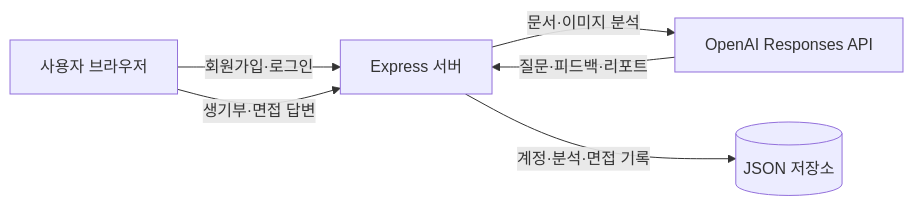
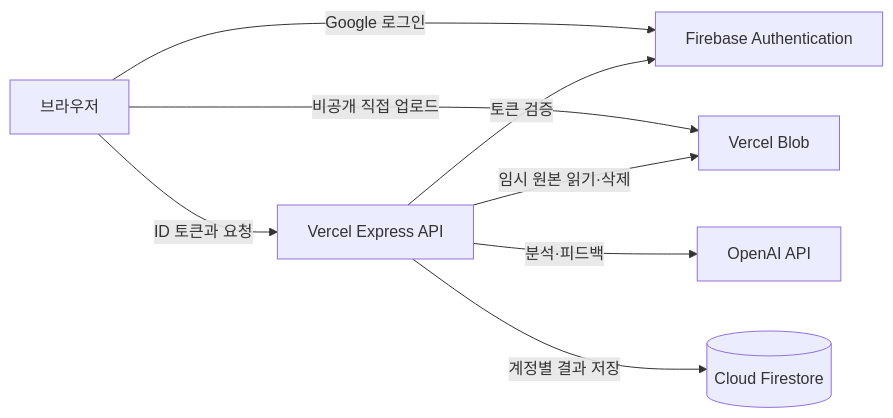
Before and after one commit to majunny/interview_ai: the diagram in README.md, drawn with Mermaid. The commit also changed other lines of this file and 18 other files, not shown here.

````diff
--- a/README.md
+++ b/README.md
@@ -22,8 +20,10 @@
 ```mermaid
 flowchart LR
-    U[사용자 브라우저] -->|회원가입·로그인| S[Express 서버]
-    U -->|생기부·면접 답변| S
-    S -->|문서·이미지 분석| O[OpenAI Responses API]
-    O -->|질문·피드백·리포트| S
-    S -->|계정·분석·면접 기록| D[(JSON 저장소)]
+    U[브라우저] -->|Google 로그인| A[Firebase Authentication]
+    U -->|비공개 직접 업로드| B[Vercel Blob]
+    U -->|ID 토큰과 요청| S[Vercel Express API]
+    S -->|토큰 검증| A
+    S -->|임시 원본 읽기·삭제| B
+    S -->|분석·피드백| O[OpenAI API]
+    S -->|계정별 결과 저장| F[(Cloud Firestore)]
 ```
````
